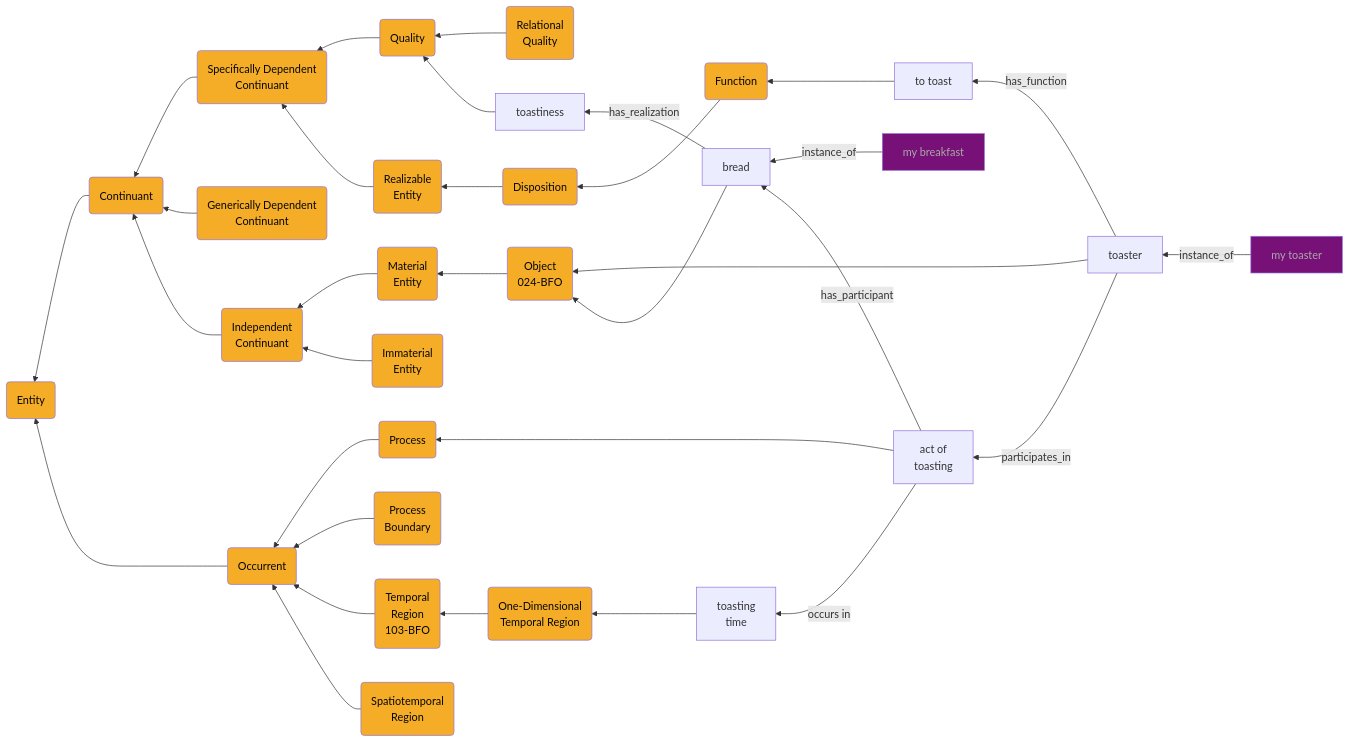
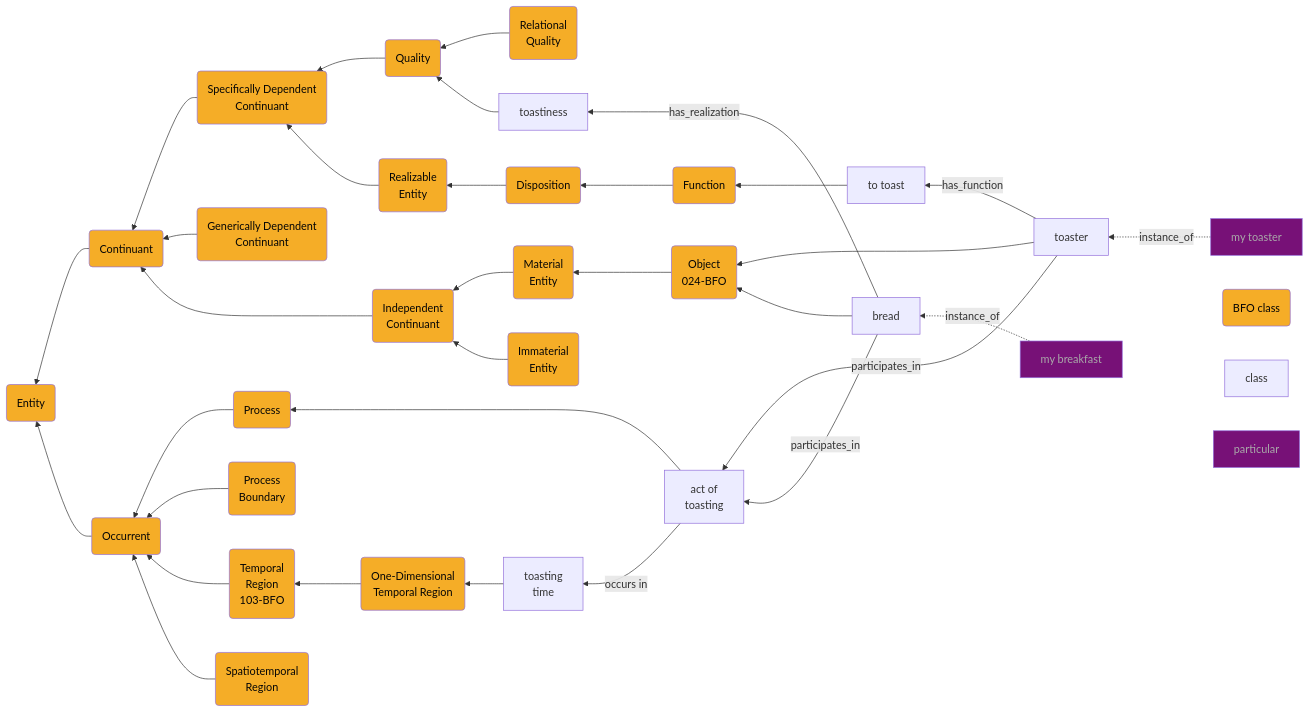
The diagram in design-patterns/pattern1.md (John-D-4/design-patterns), drawn with Mermaid before and after one commit.

````diff
--- a/design-patterns/pattern1.md
+++ b/design-patterns/pattern1.md
@@ -40,54 +40,59 @@
  ```mermaid
 
 graph RL
+
 	B(Continuant)-->A(Entity):::BFO
 	D(Specifically Dependent<br> Continuant)-->B(Continuant):::BFO
 	E(Generically Dependent<br> Continuant):::BFO-->B(Continuant)
 	F(Independent<br> Continuant)-->B(Continuant)
 	G(Material Entity)-->F(Independent<br> Continuant):::BFO
 	H(Immaterial<br> Entity):::BFO-->F(Independent<br> Continuant)
 	I(Quality):::BFO-->D(Specifically Dependent<br> Continuant):::BFO
 	J(Realizable<br> Entity):::BFO-->D(Specifically Dependent<br> Continuant)
 	K(Relational<br> Quality):::BFO-->I(Quality):::BFO
 
 	M(Disposition):::BFO-->J(Realizable<br> Entity)
 	N(Function):::BFO-->M(Disposition)
 
 
 	Z(Object<br />024-BFO):::BFO-->G(Material<br> Entity):::BFO
 	C(Occurrent):::BFO-->A(Entity):::BFO
 	AA(Process):::BFO-->C(Occurrent):::BFO
 	AB(Process<br> Boundary):::BFO-->C(Occurrent)
 	AC(Temporal<br> Region):::BFO-->C(Occurrent)
 	AD(Spatiotemporal<br> Region):::BFO-->C(Occurrent)
 	
 	AI(One-Dimensional<br> Temporal Region):::BFO-->AC(Temporal<br> Region<br />103-BFO):::BFO
 	
 	IA[toastiness] --> I
 		
     	ZA[toaster] --> Z
 	
 	
 	ZA -- has_function --> NA
-		ZAA[my toaster]:::p -- instance_of --> ZA
-	
+		ZAA[my toaster]:::p -. instance_of .-> ZA
+		ZA -- participates_in --> AAA
 	ZB[bread] --> Z
-		ZBA[my breakfast]:::p -- instance_of --> ZB
+		ZBA[my breakfast]:::p -. instance_of .-> ZB
 	ZB -- has_realization --> IA
-	
 		AAA[act of<br />toasting] --> AA(Process)
 		AAA -- occurs in --> AFA
-		AAA -- has_participant --> ZB
+		ZB -- participates_in --> AAA
 		
 	
 	NA[to toast] --> N(Function)
 	
 		AFA[toasting<br />time] --> AI
 
-	ZA -- participates_in --> AAA
+
+
+
+K00(BFO class):::BFO
+K01[class]
+K02[particular]:::p
 
     classDef BFO fill:#F5AD27,color:#060606
     classDef p fill:#771177,color:#AAAAAA
 
 	
 ```
````
